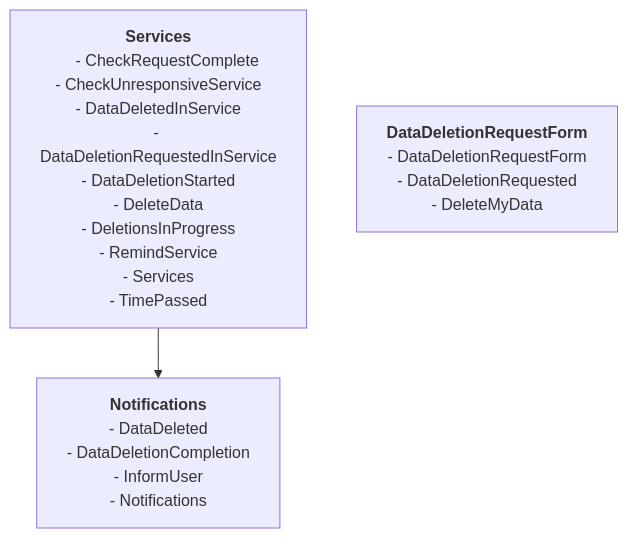
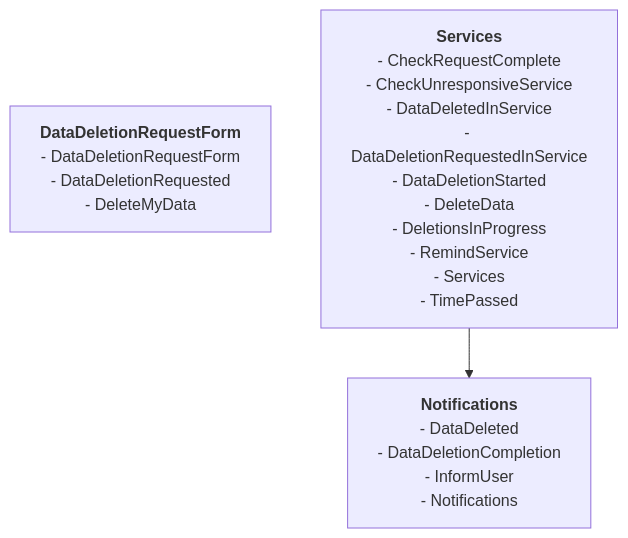
Before and after one commit to setms/book: the second of 2 diagrams in docs/examples/gdpr/index.md, drawn with Mermaid. The commit also changed 1 other file, not shown here.

Commit message:
doc: Updates modules

````diff
--- a/docs/examples/gdpr/index.md
+++ b/docs/examples/gdpr/index.md
@@ -125,25 +125,25 @@
 ```mermaid
 graph
-  servicesModule["<b>Services</b>
-    - CheckRequestComplete
+  dataDeletionRequestFormModule["<b>DataDeletionRequestForm</b>
+- DataDeletionRequestForm
+- DataDeletionRequested
+- DeleteMyData"]
+servicesModule["<b>Services</b>
+- CheckRequestComplete
 - CheckUnresponsiveService
 - DataDeletedInService
 - DataDeletionRequestedInService
 - DataDeletionStarted
 - DeleteData
 - DeletionsInProgress
 - RemindService
 - Services
 - TimePassed"]
-dataDeletionRequestFormModule["<b>DataDeletionRequestForm</b>
-- DataDeletionRequestForm
-- DataDeletionRequested
-- DeleteMyData"]
 notificationsModule["<b>Notifications</b>
 - DataDeleted
 - DataDeletionCompletion
 - InformUser
 - Notifications"]
 
 servicesModule --> notificationsModule
 ```
````
